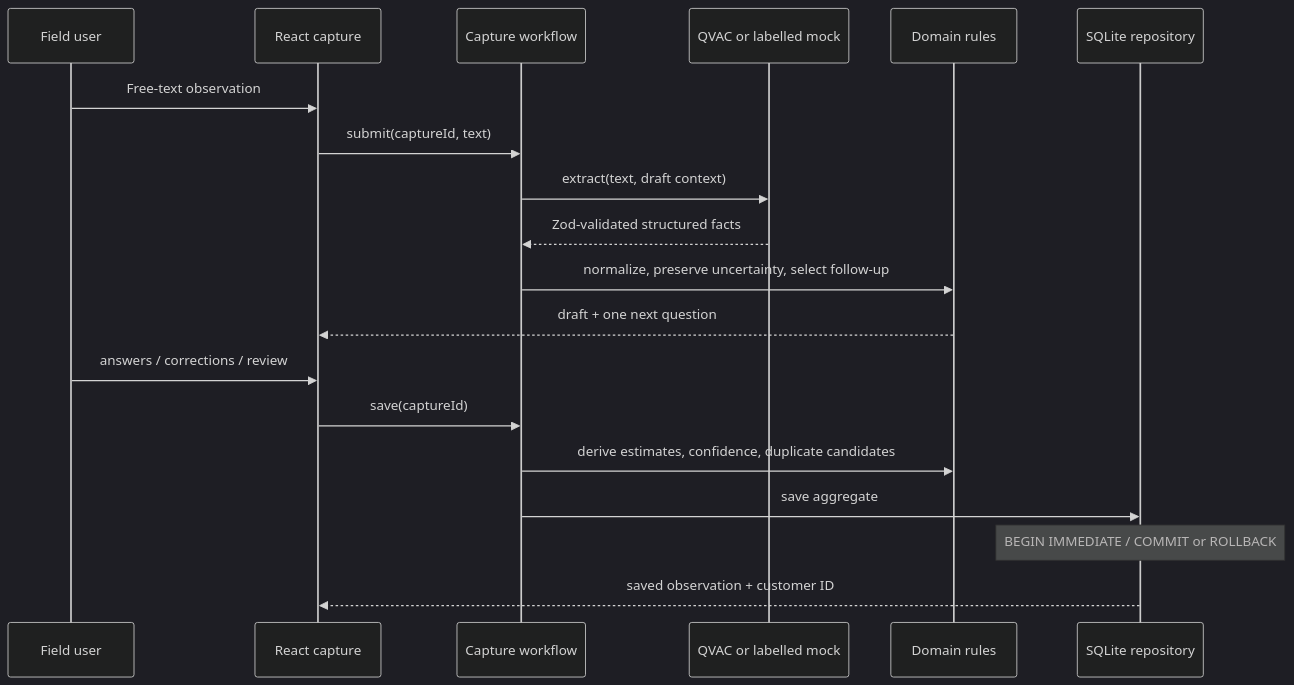
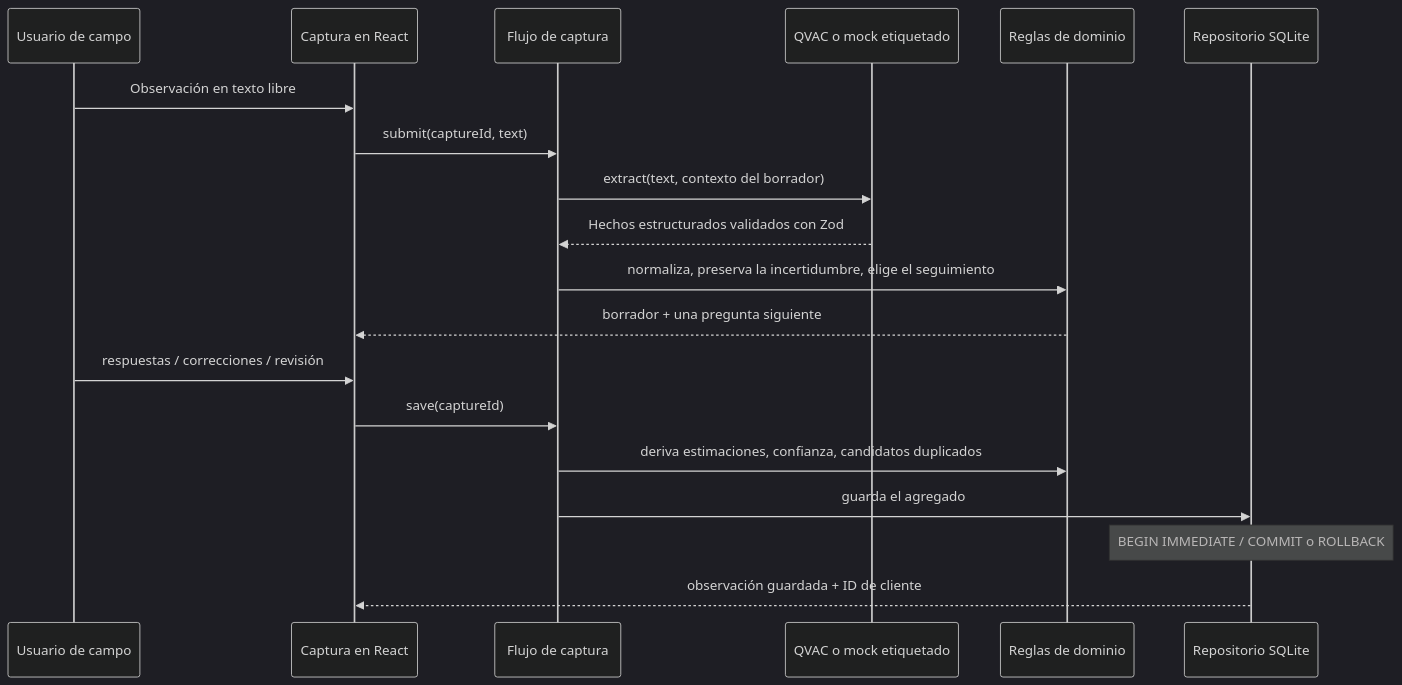
Before and after one commit to MrFengH/Lua_Base_Intellingece: the second of 2 diagrams in docs/ARCHITECTURE.md, drawn with Mermaid (dark theme). The commit also changed other lines of this file and 26 other files, not shown here.

````diff
--- a/docs/ARCHITECTURE.md
+++ b/docs/ARCHITECTURE.md
@@ -60,22 +60,22 @@
 ```mermaid
 sequenceDiagram
-  participant U as Field user
-  participant UI as React capture
-  participant W as Capture workflow
-  participant X as QVAC or labelled mock
-  participant D as Domain rules
-  participant DB as SQLite repository
+  participant U as Usuario de campo
+  participant UI as Captura en React
+  participant W as Flujo de captura
+  participant X as QVAC o mock etiquetado
+  participant D as Reglas de dominio
+  participant DB as Repositorio SQLite
 
-  U->>UI: Free-text observation
+  U->>UI: Observación en texto libre
   UI->>W: submit(captureId, text)
-  W->>X: extract(text, draft context)
-  X-->>W: Zod-validated structured facts
-  W->>D: normalize, preserve uncertainty, select follow-up
-  D-->>UI: draft + one next question
-  U->>UI: answers / corrections / review
+  W->>X: extract(text, contexto del borrador)
+  X-->>W: Hechos estructurados validados con Zod
+  W->>D: normaliza, preserva la incertidumbre, elige el seguimiento
+  D-->>UI: borrador + una pregunta siguiente
+  U->>UI: respuestas / correcciones / revisión
   UI->>W: save(captureId)
-  W->>D: derive estimates, confidence, duplicate candidates
-  W->>DB: save aggregate
-  Note over DB: BEGIN IMMEDIATE / COMMIT or ROLLBACK
-  DB-->>UI: saved observation + customer ID
+  W->>D: deriva estimaciones, confianza, candidatos duplicados
+  W->>DB: guarda el agregado
+  Note over DB: BEGIN IMMEDIATE / COMMIT o ROLLBACK
+  DB-->>UI: observación guardada + ID de cliente
 ```
````
